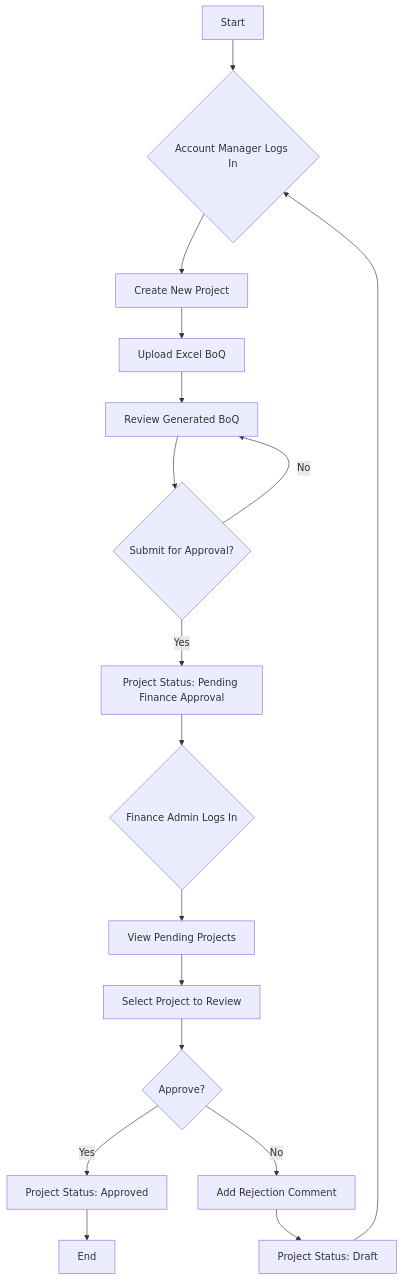
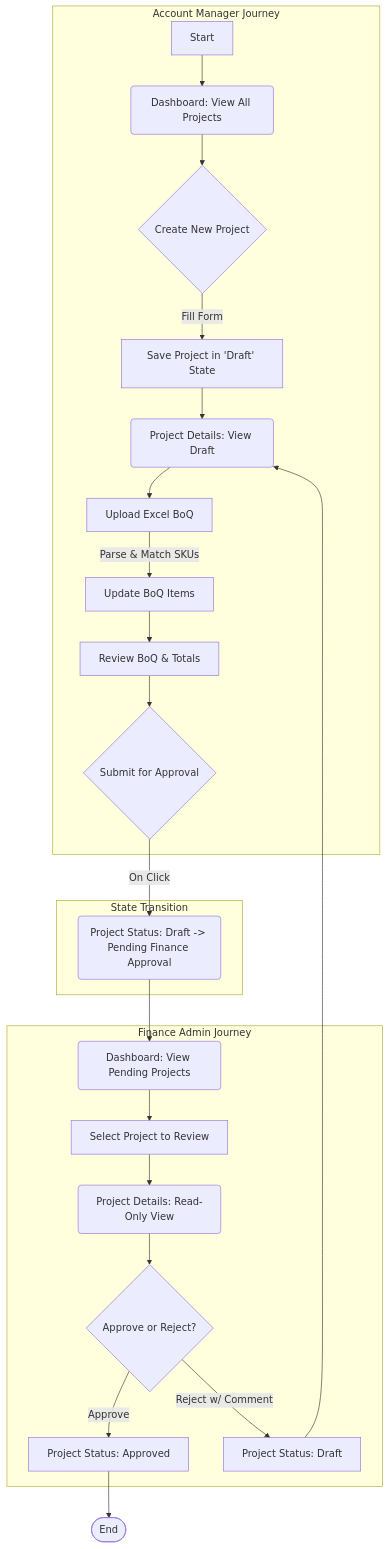
Before and after one commit to bhandiwad/Sify-DT: the diagram in project_docs/Design_Doc.md, drawn with Mermaid. The commit also changed other lines of this file and 9 other files, not shown here.

````diff
--- a/project_docs/Design_Doc.md
+++ b/project_docs/Design_Doc.md
@@ -27,19 +46,29 @@
 ```mermaid
 graph TD
-    A[Start] --> B{Account Manager Logs In};
-    B --> C[Create New Project];
-    C --> D[Upload Excel BoQ];
-    D --> E[Review Generated BoQ];
-    E --> F{Submit for Approval?};
-    F -- Yes --> G[Project Status: Pending Finance Approval];
-    F -- No --> E;
-    G --> H{Finance Admin Logs In};
-    H --> I[View Pending Projects];
-    I --> J[Select Project to Review];
-    J --> K{Approve?};
-    K -- Yes --> L[Project Status: Approved];
-    K -- No --> M[Add Rejection Comment];
-    M --> N[Project Status: Draft];
-    L --> O[End];
-    N --> B;
+    subgraph "Account Manager Journey"
+        A[Start] --> B(Dashboard: View All Projects);
+        B --> C{Create New Project};
+        C -- Fill Form --> D[Save Project in 'Draft' State];
+        D --> E(Project Details: View Draft);
+        E --> F[Upload Excel BoQ];
+        F -- Parse & Match SKUs --> G[Update BoQ Items];
+        G --> H[Review BoQ & Totals];
+        H --> I{Submit for Approval};
+    end
+
+    subgraph "State Transition"
+        I -- On Click --> J(Project Status: Draft -> Pending Finance Approval);
+    end
+
+    subgraph "Finance Admin Journey"
+        K(Dashboard: View Pending Projects) --> L[Select Project to Review];
+        L --> M(Project Details: Read-Only View);
+        M --> N{Approve or Reject?};
+        N -- Approve --> O[Project Status: Approved];
+        N -- Reject w/ Comment --> P[Project Status: Draft];
+    end
+
+    J --> K;
+    O --> Q([End]);
+    P --> E;
 ```
````
